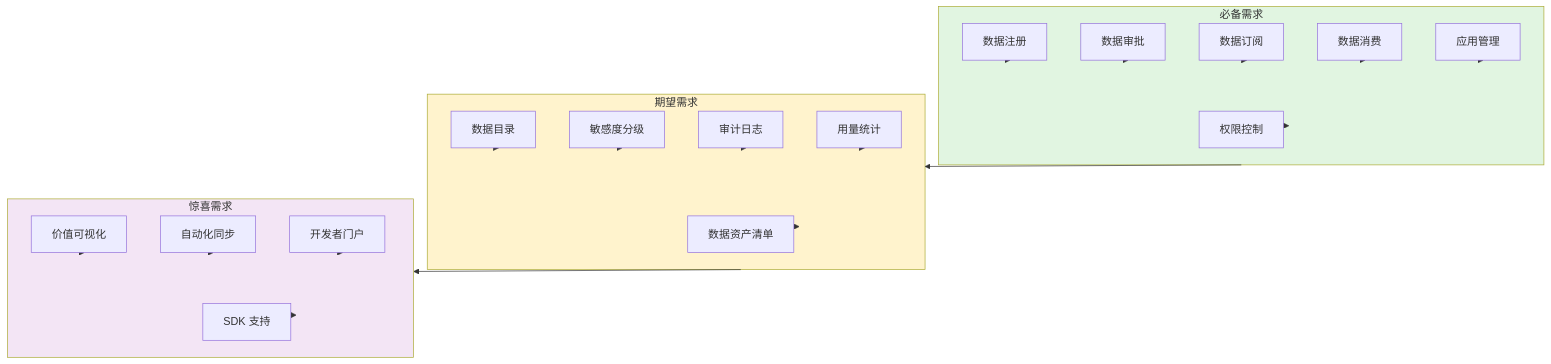
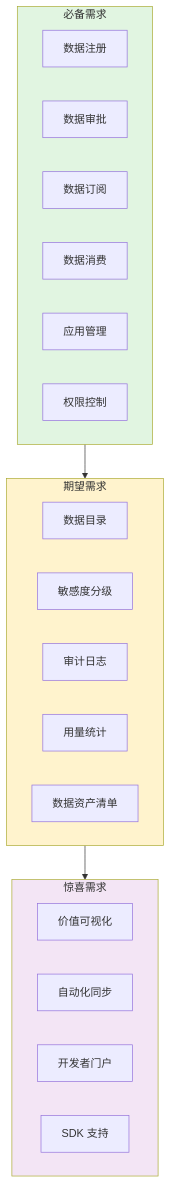
One commit to THZSummer/Product changed the sixth of 10 diagrams in open-app/.specs/feature-session-001/discovery-report.md. Above: the diagram before and after it, drawn with Mermaid.

Commit message:
design: 参考 1.1 章节简化 4.1 图表布局
- 移除底部&连接语法
- 保持 subgraph 内节点垂直排列
- subgraph 之间用箭头连接，体现代次关系
- 参考 1.1 章节的简洁布局风格

````diff
--- a/open-app/.specs/feature-session-001/discovery-report.md
+++ b/open-app/.specs/feature-session-001/discovery-report.md
@@ -210,36 +210,32 @@
 ```mermaid
 graph TB
     subgraph Must_Have[必备需求]
         M1[数据注册]
         M2[数据审批]
         M3[数据订阅]
         M4[数据消费]
         M5[应用管理]
         M6[权限控制]
     end
     
     subgraph Should_Have[期望需求]
         S1[数据目录]
         S2[敏感度分级]
         S3[审计日志]
         S4[用量统计]
         S5[数据资产清单]
     end
     
     subgraph Could_Have[惊喜需求]
         C1[价值可视化]
         C2[自动化同步]
         C3[开发者门户]
         C4[SDK 支持]
     end
     
-    M1 & M2 & M3 & M4 & M5 & M6 --> Must_Have
-    S1 & S2 & S3 & S4 & S5 --> Should_Have
-    C1 & C2 & C3 & C4 --> Could_Have
-    
     Must_Have --> Should_Have --> Could_Have
     
     style Must_Have fill:#e1f5e1
     style Should_Have fill:#fff3cd
     style Could_Have fill:#f3e5f5
 ```
````
